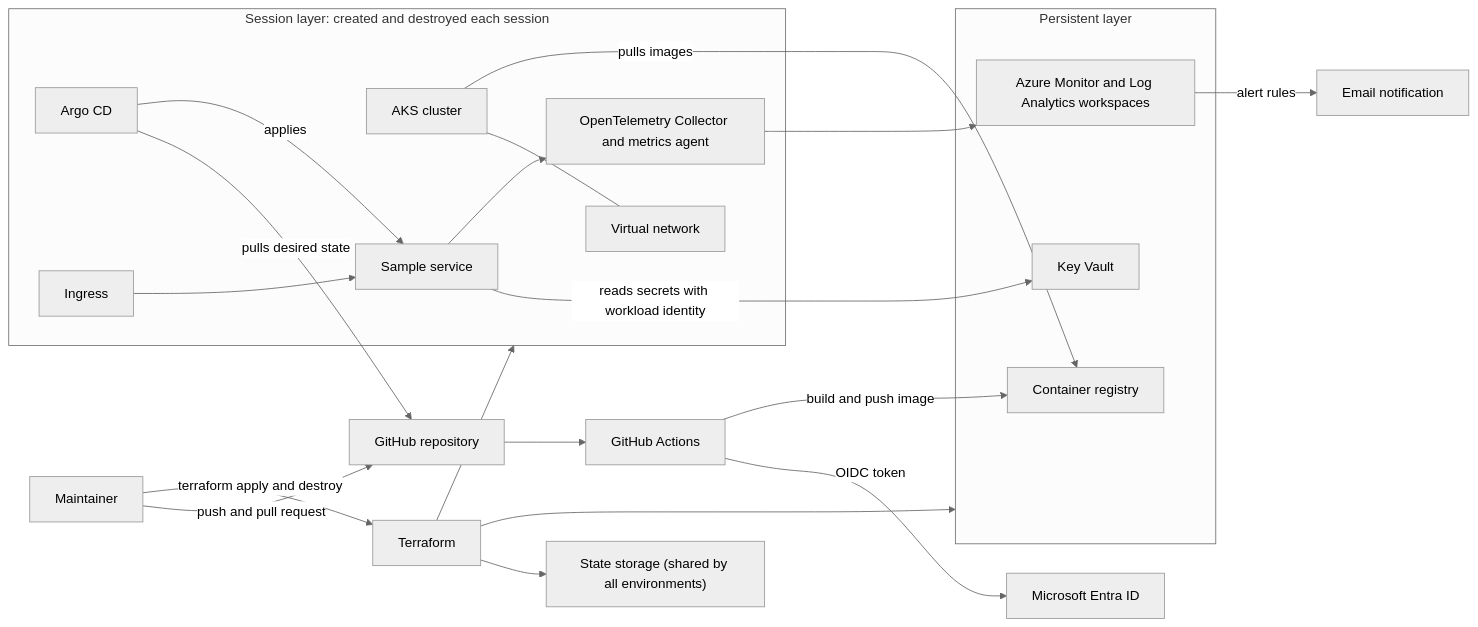
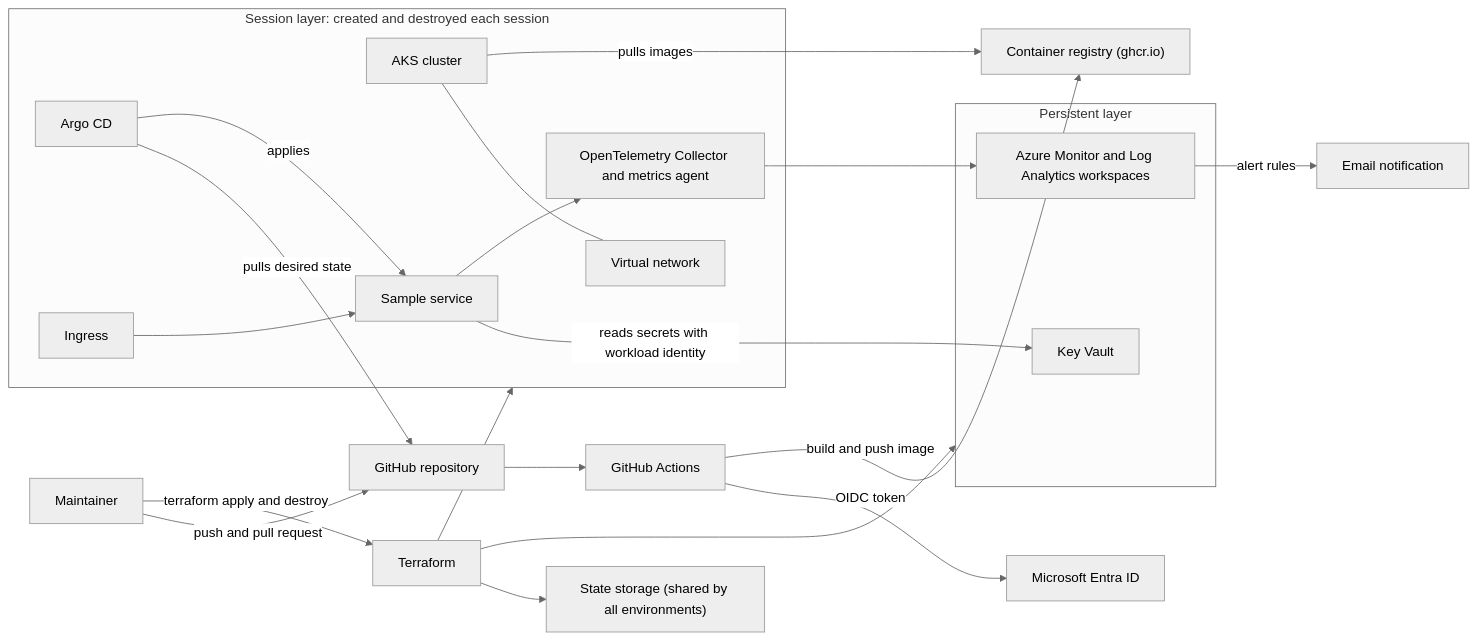
The first of 2 diagrams in docs/architecture.md (Franklindot04/production-platform-Azure), drawn with Mermaid (neutral theme) before and after one commit. The commit also changed other lines of this file and 5 other files, not shown here.

Commit message:
add ADR 0013 for the container registry (#39)

````diff
--- a/docs/architecture.md
+++ b/docs/architecture.md
@@ -80,37 +79,36 @@
 ```mermaid
 flowchart LR
     maint["Maintainer"] -->|"push and pull request"| repo["GitHub repository"]
     repo --> actions["GitHub Actions"]
     actions -->|"OIDC token"| entra["Microsoft Entra ID"]
-    actions -->|"build and push image"| acr["Container registry"]
+    actions -->|"build and push image"| acr["Container registry (ghcr.io)"]
     maint -->|"terraform apply and destroy"| tf["Terraform"]
     state["State storage (shared by all environments)"]
 
     subgraph persistent ["Persistent layer"]
         kv["Key Vault"]
         mon["Azure Monitor and Log Analytics workspaces"]
-        acr
     end
 
     subgraph session ["Session layer: created and destroyed each session"]
         vnet["Virtual network"]
         aks["AKS cluster"]
         argo["Argo CD"]
         ingress["Ingress"]
         svc["Sample service"]
         otel["OpenTelemetry Collector and metrics agent"]
     end
 
     tf --> state
     tf --> persistent
     tf --> session
     aks --- vnet
     argo -->|"pulls desired state"| repo
     argo -->|"applies"| svc
     aks -->|"pulls images"| acr
     svc -->|"reads secrets with workload identity"| kv
     ingress --> svc
     svc --> otel
     otel --> mon
     mon -->|"alert rules"| notify["Email notification"]
 ```
````
